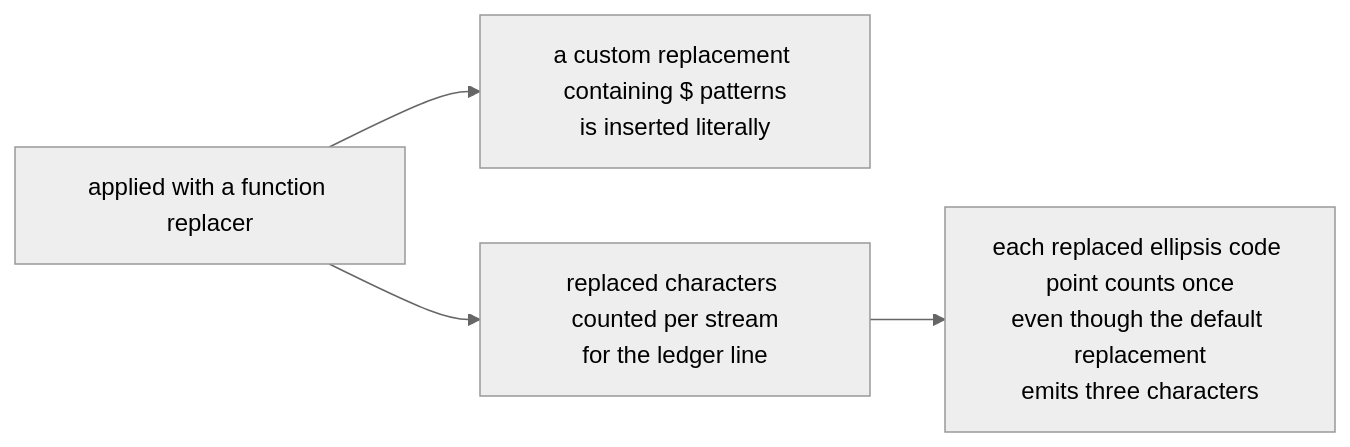
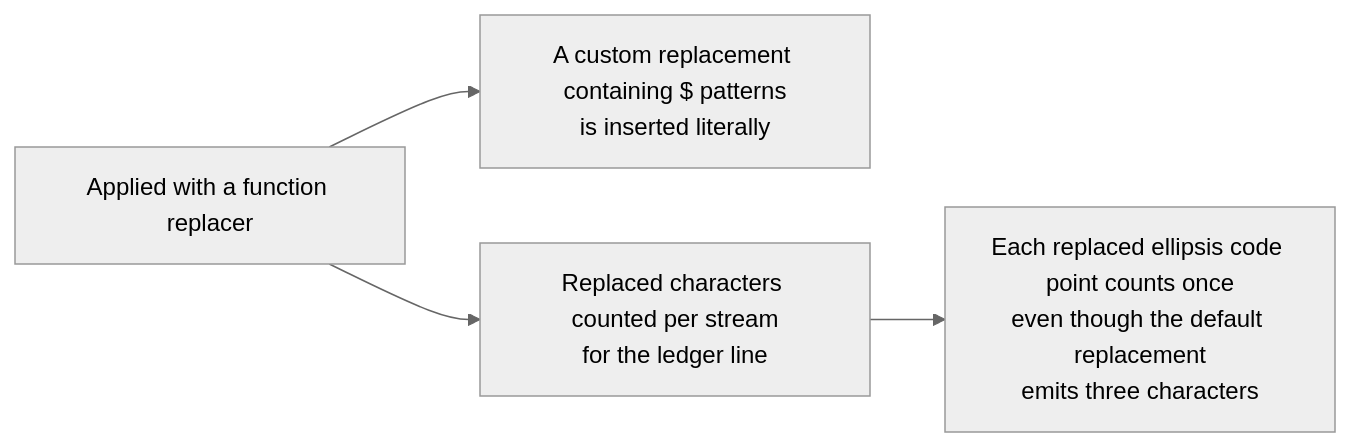
The diagram in Source/Content/Mermaid/ellipsis-mechanics.mmd (PlayForm/Site-DeepSeek), drawn with Mermaid (neutral theme) before and after one commit. The commit also changed 174 other files, not shown here.

```diff
--- a/Source/Content/Mermaid/ellipsis-mechanics.mmd
+++ b/Source/Content/Mermaid/ellipsis-mechanics.mmd
@@ -1,7 +1,7 @@
 flowchart LR
-	REP["applied with a function replacer"]
-	LITERAL["a custom replacement containing $ patterns<br/>is inserted literally"]
-	COUNT["replaced characters counted per stream<br/>for the ledger line"]
-	ONCE["each replaced ellipsis code point counts once<br/>even though the default replacement<br/>emits three characters"]
+	REP["Applied with a function replacer"]
+	LITERAL["A custom replacement containing $ patterns<br/>is inserted literally"]
+	COUNT["Replaced characters counted per stream<br/>for the ledger line"]
+	ONCE["Each replaced ellipsis code point counts once<br/>even though the default replacement<br/>emits three characters"]
 	REP --> LITERAL
 	REP --> COUNT --> ONCE
```
